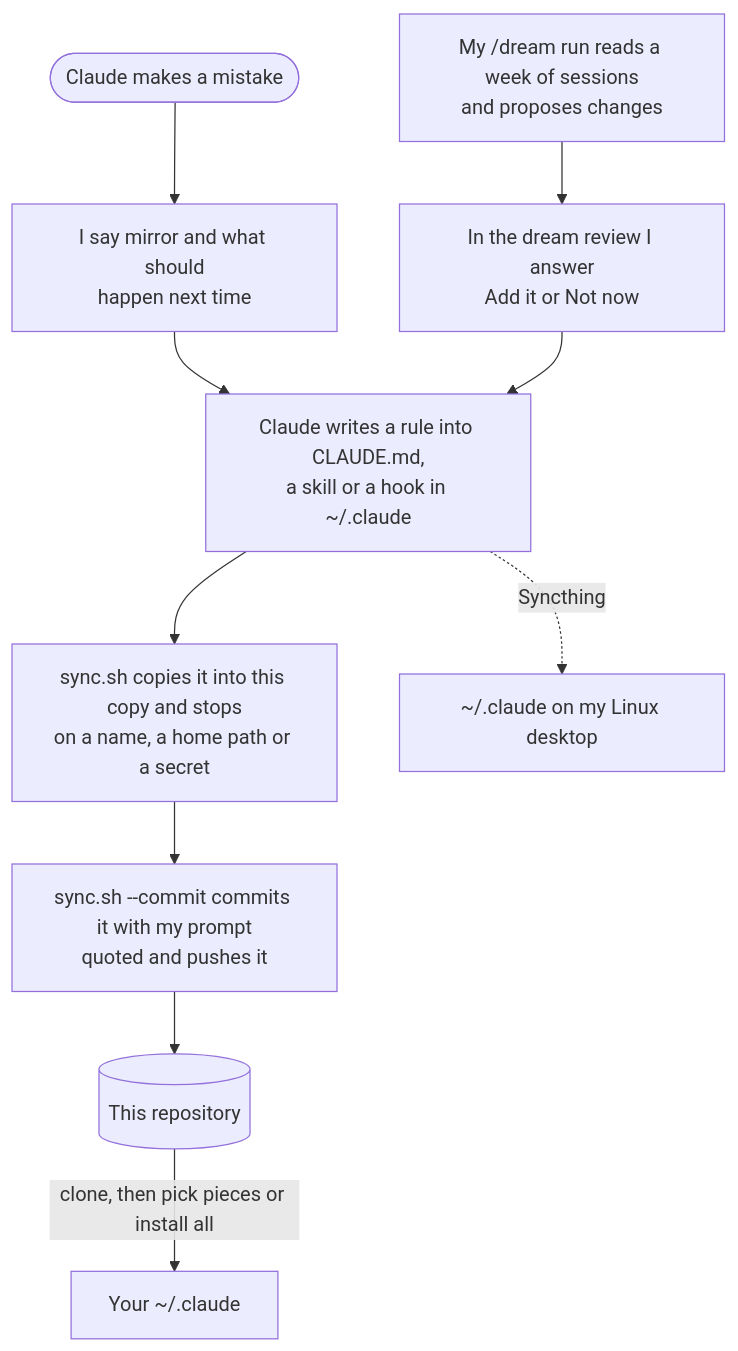
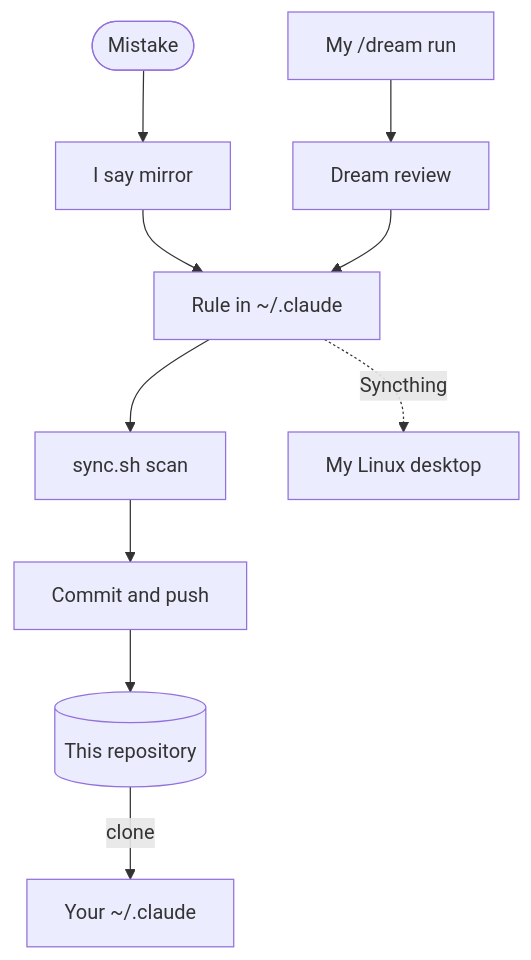
Before and after one commit to zululima/dotclaude: the second of 2 diagrams in docs/how-it-works.md, drawn with Mermaid. The commit also changed other lines of this file and 1 other file, not shown here.

First line of the commit message:
Shorten the labels of the graphs in how-it-works.md

````diff
--- a/docs/how-it-works.md
+++ b/docs/how-it-works.md
@@ -50,19 +59,19 @@
 ```mermaid
 flowchart TD
-  slip(["Claude makes a mistake"])
-  sayMirror["I say mirror and what should<br/>happen next time"]
-  dreamRun["My /dream run reads a week of sessions<br/>and proposes changes"]
-  dreamReview["In the dream review I answer<br/>Add it or Not now"]
-  rule["Claude writes a rule into CLAUDE.md,<br/>a skill or a hook in ~/.claude"]
-  syncSh["sync.sh copies it into this copy and stops<br/>on a name, a home path or a secret"]
-  commitPush["sync.sh --commit commits it with my prompt<br/>quoted and pushes it"]
+  slip(["Mistake"])
+  sayMirror["I say mirror"]
+  dreamRun["My /dream run"]
+  dreamReview["Dream review"]
+  rule["Rule in ~/.claude"]
+  syncSh["sync.sh scan"]
+  commitPush["Commit and push"]
   repo[("This repository")]
-  desktop["~/.claude on my Linux desktop"]
+  desktop["My Linux desktop"]
   yourCopy["Your ~/.claude"]
 
   slip --> sayMirror --> rule
   dreamRun --> dreamReview --> rule
   rule --> syncSh --> commitPush --> repo
   rule -.->|Syncthing| desktop
-  repo -->|clone, then pick pieces or install all| yourCopy
+  repo -->|clone| yourCopy
 ```
````
